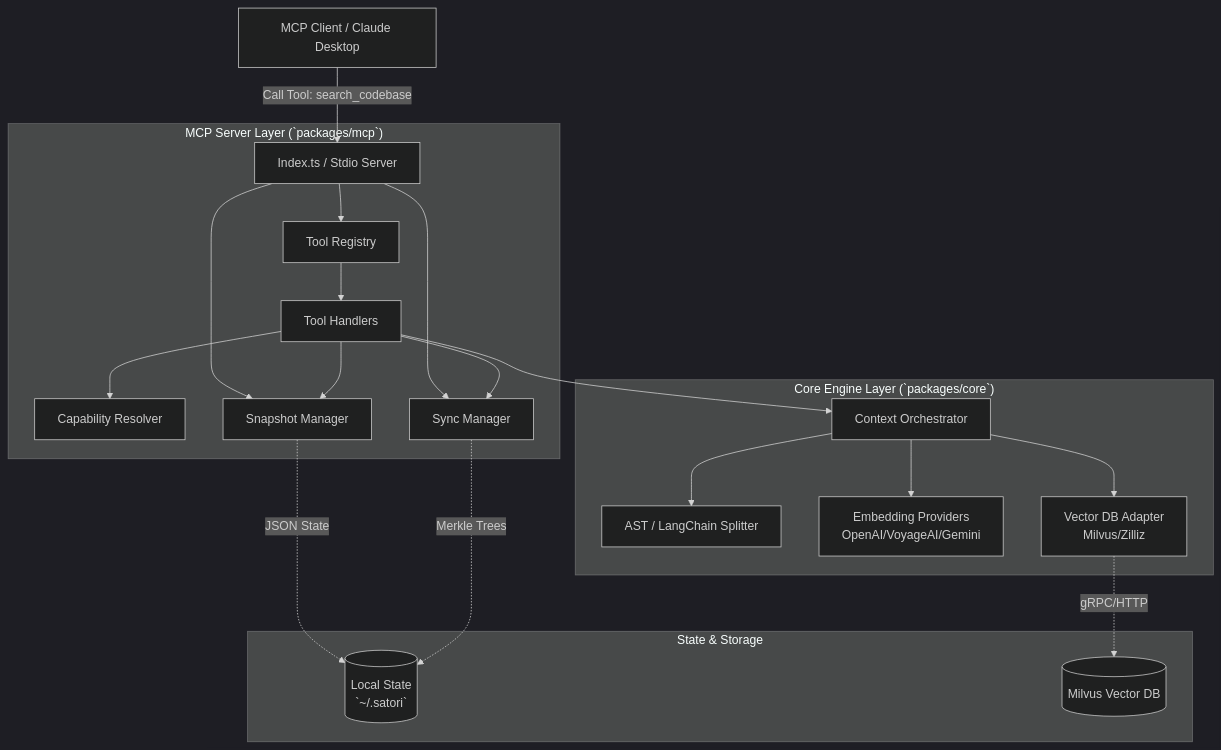
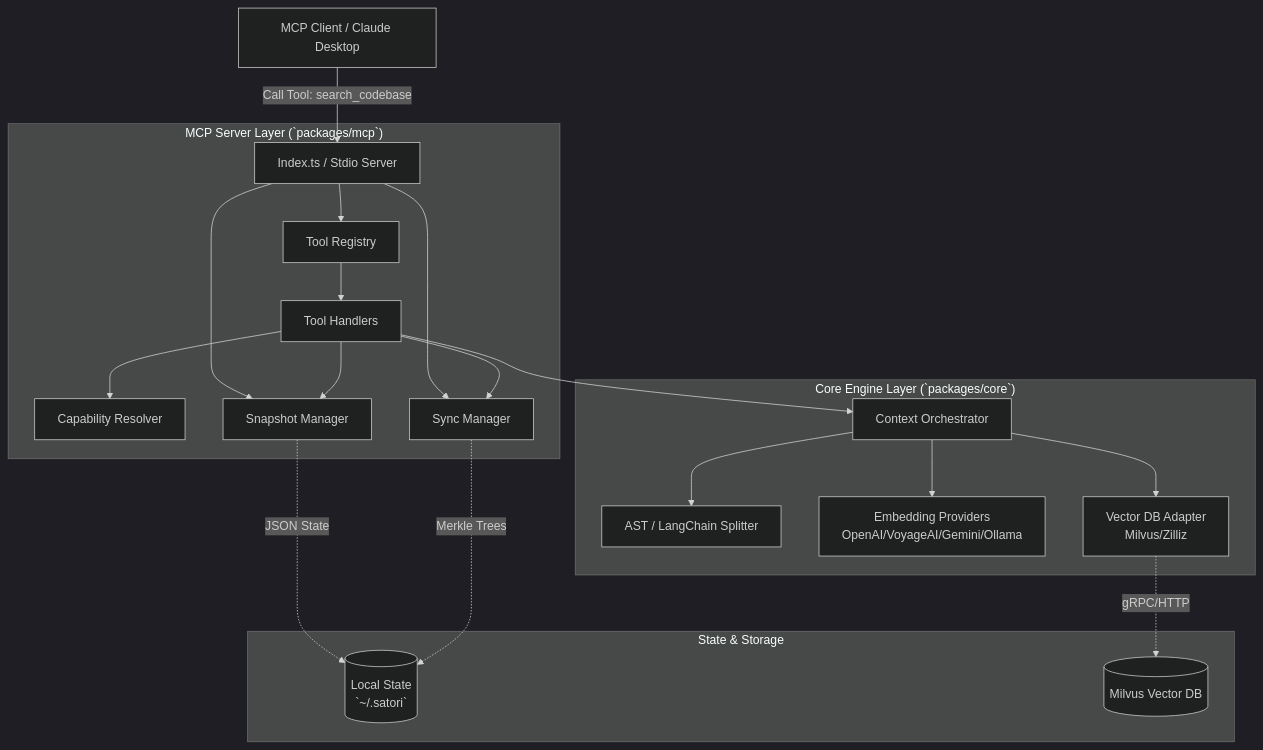
One commit to ham-zax/claude-context changed the first of 3 diagrams in docs/ARCHITECTURE.md. Above: the diagram before and after it, drawn with Mermaid (dark theme). The commit also changed other lines of this file and 9 other files, not shown here.

````diff
--- a/docs/ARCHITECTURE.md
+++ b/docs/ARCHITECTURE.md
@@ -10,45 +10,45 @@
 ```mermaid
 graph TD
     %% Entities
     Client[MCP Client / Claude Desktop]
     
     subgraph "MCP Server Layer (`packages/mcp`)"
         Server[Index.ts / Stdio Server]
         ToolReg[Tool Registry]
         Handlers[Tool Handlers]
         CapRes[Capability Resolver]
         SnapMan[Snapshot Manager]
         SyncMan[Sync Manager]
         
         Server --> ToolReg
         Server --> SnapMan
         Server --> SyncMan
         ToolReg --> Handlers
         Handlers --> CapRes
         Handlers --> SnapMan
         Handlers --> SyncMan
     end
     
     subgraph "Core Engine Layer (`packages/core`)"
         Context[Context Orchestrator]
         Split[AST / LangChain Splitter]
-        Embed[Embedding Providers<br/>OpenAI/VoyageAI/Gemini]
+        Embed[Embedding Providers<br/>OpenAI/VoyageAI/Gemini/Ollama]
         VecDB[Vector DB Adapter<br/>Milvus/Zilliz]
         
         Handlers --> Context
         Context --> Split
         Context --> Embed
         Context --> VecDB
     end
     
     subgraph "State & Storage"
         LocalState[(Local State<br/>`~/.satori`)]
         Milvus[(Milvus Vector DB)]
         
         SnapMan -.->|JSON State| LocalState
         SyncMan -.->|Merkle Trees| LocalState
         VecDB -.->|gRPC/HTTP| Milvus
     end
 
     Client -- "Call Tool: search_codebase" --> Server
 ```
````
